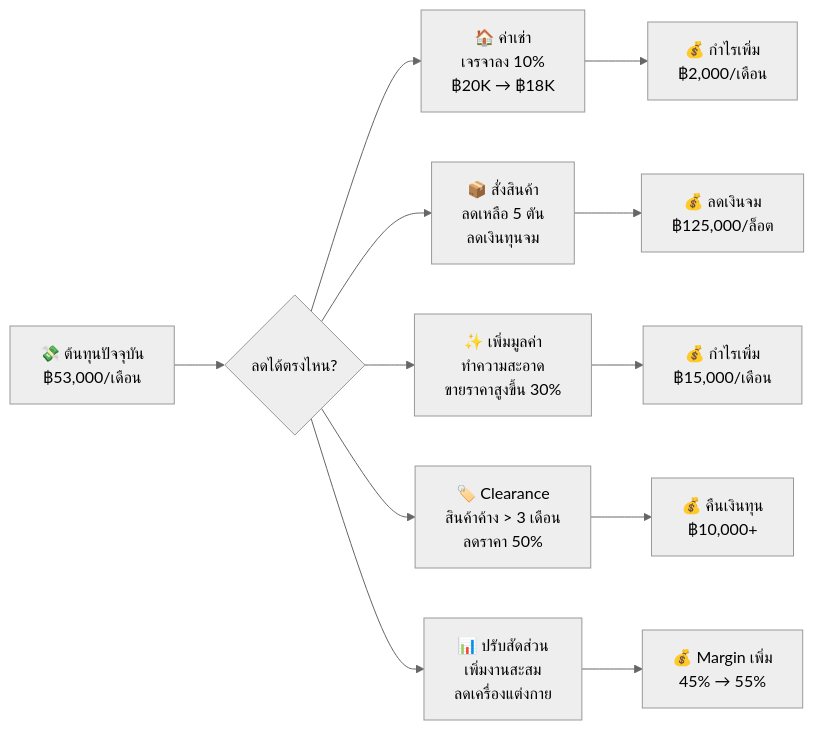
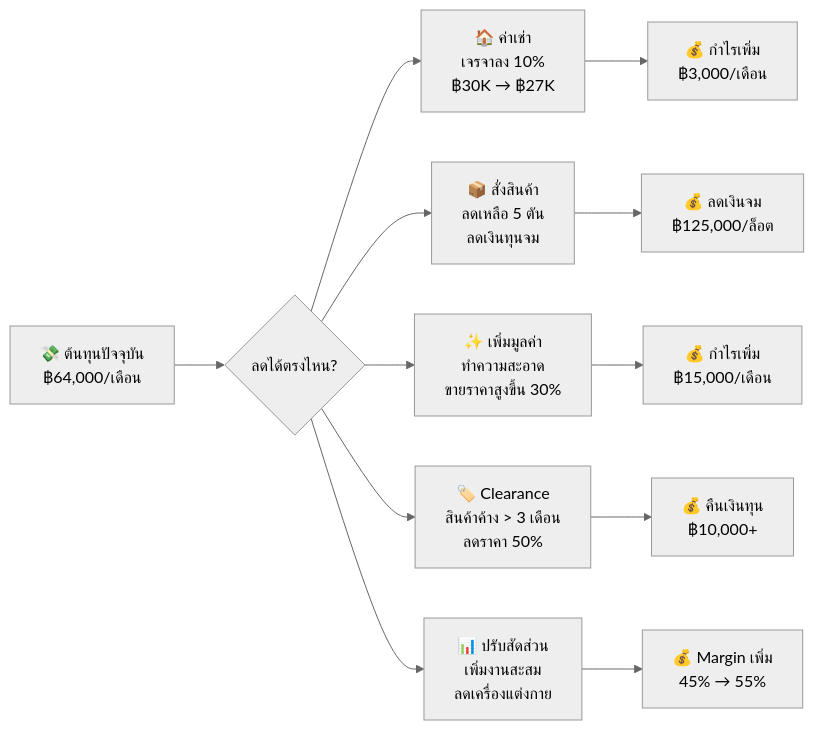
The fourth of 10 diagrams in README.md (temsiripuns100/goods-japan-business-plan), drawn with Mermaid (neutral theme) before and after one commit. The commit also changed other lines of this file, not shown here.

````diff
--- a/README.md
+++ b/README.md
@@ -261,16 +266,16 @@
 ```mermaid
 flowchart LR
-    A["💸 ต้นทุนปัจจุบัน<br/>฿53,000/เดือน"] --> B{"ลดได้ตรงไหน?"}
+    A["💸 ต้นทุนปัจจุบัน<br/>฿64,000/เดือน"] --> B{"ลดได้ตรงไหน?"}
     
-    B --> C["🏠 ค่าเช่า<br/>เจรจาลง 10%<br/>฿20K → ฿18K"]
+    B --> C["🏠 ค่าเช่า<br/>เจรจาลง 10%<br/>฿30K → ฿27K"]
     B --> D["📦 สั่งสินค้า<br/>ลดเหลือ 5 ตัน<br/>ลดเงินทุนจม"]
     B --> E["✨ เพิ่มมูลค่า<br/>ทำความสะอาด<br/>ขายราคาสูงขึ้น 30%"]
     B --> F["🏷️ Clearance<br/>สินค้าค้าง > 3 เดือน<br/>ลดราคา 50%"]
     B --> G["📊 ปรับสัดส่วน<br/>เพิ่มงานสะสม<br/>ลดเครื่องแต่งกาย"]
     
-    C --> H["💰 กำไรเพิ่ม<br/>฿2,000/เดือน"]
+    C --> H["💰 กำไรเพิ่ม<br/>฿3,000/เดือน"]
     D --> I["💰 ลดเงินจม<br/>฿125,000/ล็อต"]
     E --> J["💰 กำไรเพิ่ม<br/>฿15,000/เดือน"]
     F --> K["💰 คืนเงินทุน<br/>฿10,000+"]
     G --> L["💰 Margin เพิ่ม<br/>45% → 55%"]
 ```
````
